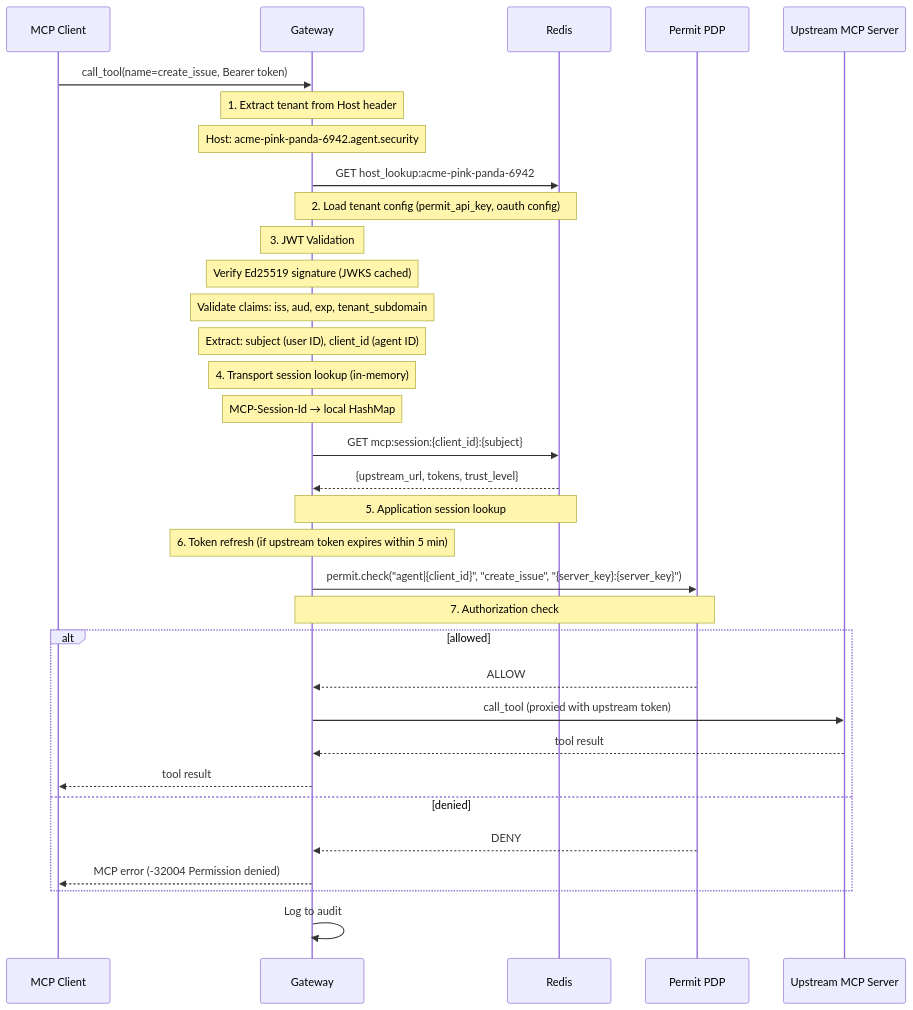
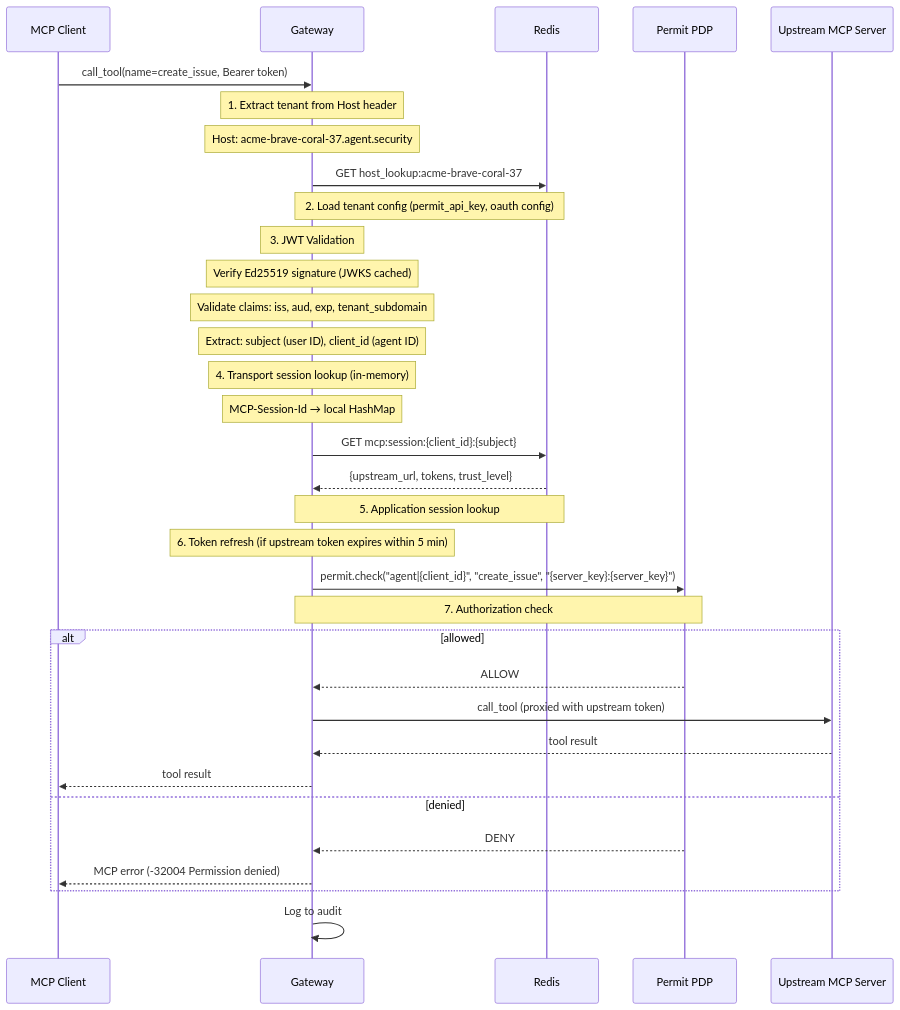
The seventh of 8 diagrams in docs/permit-mcp-gateway/architecture.mdx (permitio/docs), drawn with Mermaid before and after one commit. The commit also changed other lines of this file and 11 other files, not shown here.

````diff
--- a/docs/permit-mcp-gateway/architecture.mdx
+++ b/docs/permit-mcp-gateway/architecture.mdx
@@ -306,44 +355,44 @@
 ```mermaid
 sequenceDiagram
     participant C as MCP Client
     participant GW as Gateway
     participant R as Redis
     participant PDP as Permit PDP
     participant Up as Upstream MCP Server
 
     C->>GW: call_tool(name=create_issue, Bearer token)
 
     Note over GW: 1. Extract tenant from Host header
-    Note over GW: Host: acme-pink-panda-6942.agent.security
+    Note over GW: Host: acme-brave-coral-37.agent.security
 
-    GW->>R: GET host_lookup:acme-pink-panda-6942
+    GW->>R: GET host_lookup:acme-brave-coral-37
     Note over GW,R: 2. Load tenant config (permit_api_key, oauth config)
 
     Note over GW: 3. JWT Validation
     Note over GW: Verify Ed25519 signature (JWKS cached)
     Note over GW: Validate claims: iss, aud, exp, tenant_subdomain
     Note over GW: Extract: subject (user ID), client_id (agent ID)
 
     Note over GW: 4. Transport session lookup (in-memory)
     Note over GW: MCP-Session-Id → local HashMap
 
     GW->>R: GET mcp:session:{client_id}:{subject}
     R-->>GW: {upstream_url, tokens, trust_level}
     Note over GW,R: 5. Application session lookup
 
     Note over GW: 6. Token refresh (if upstream token expires within 5 min)
 
     GW->>PDP: permit.check("agent|{client_id}", "create_issue", "{server_key}:{server_key}")
     Note over GW,PDP: 7. Authorization check
 
     alt allowed
         PDP-->>GW: ALLOW
         GW->>Up: call_tool (proxied with upstream token)
         Up-->>GW: tool result
         GW-->>C: tool result
     else denied
         PDP-->>GW: DENY
         GW-->>C: MCP error (-32004 Permission denied)
     end
     GW->>GW: Log to audit
 ```
````
